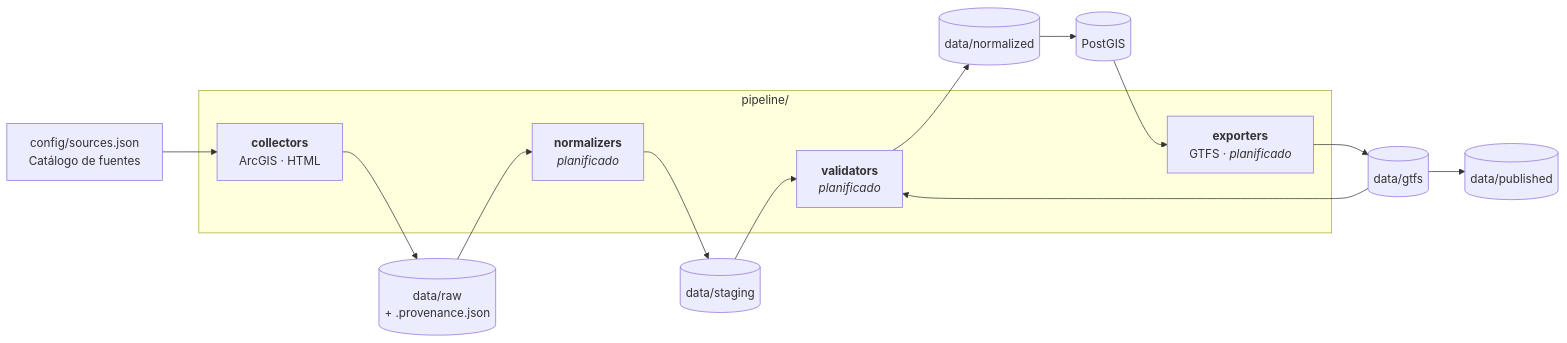
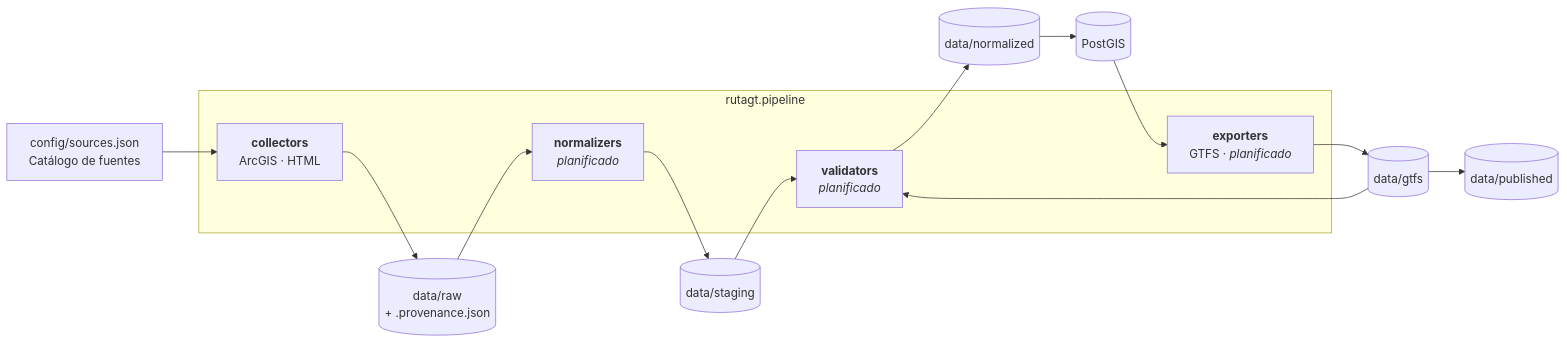
Before and after one commit to Czar272/rutagt-starter: the third of 4 diagrams in docs/architecture/overview.md, drawn with Mermaid. The commit also changed other lines of this file, not shown here.

Commit message:
docs(RGT-122): reference pipeline design from architecture overview

````diff
--- a/docs/architecture/overview.md
+++ b/docs/architecture/overview.md
@@ -98,22 +98,22 @@
 ```mermaid
 flowchart LR
     config["config/sources.json<br/>Catálogo de fuentes"]
-    subgraph pipeline["pipeline/"]
+    subgraph pipeline["rutagt.pipeline"]
         col["<b>collectors</b><br/>ArcGIS · HTML"]
         nor["<b>normalizers</b><br/><i>planificado</i>"]
         val["<b>validators</b><br/><i>planificado</i>"]
         exp["<b>exporters</b><br/>GTFS · <i>planificado</i>"]
     end
     raw[("data/raw<br/>+ .provenance.json")]
     stg[("data/staging")]
     norm[("data/normalized")]
     gtfs[("data/gtfs")]
     pub[("data/published")]
     db[("PostGIS")]
 
     config --> col --> raw
     raw --> nor --> stg --> val --> norm
     norm --> db
     db --> exp --> gtfs --> val
     gtfs --> pub
 ```
````
